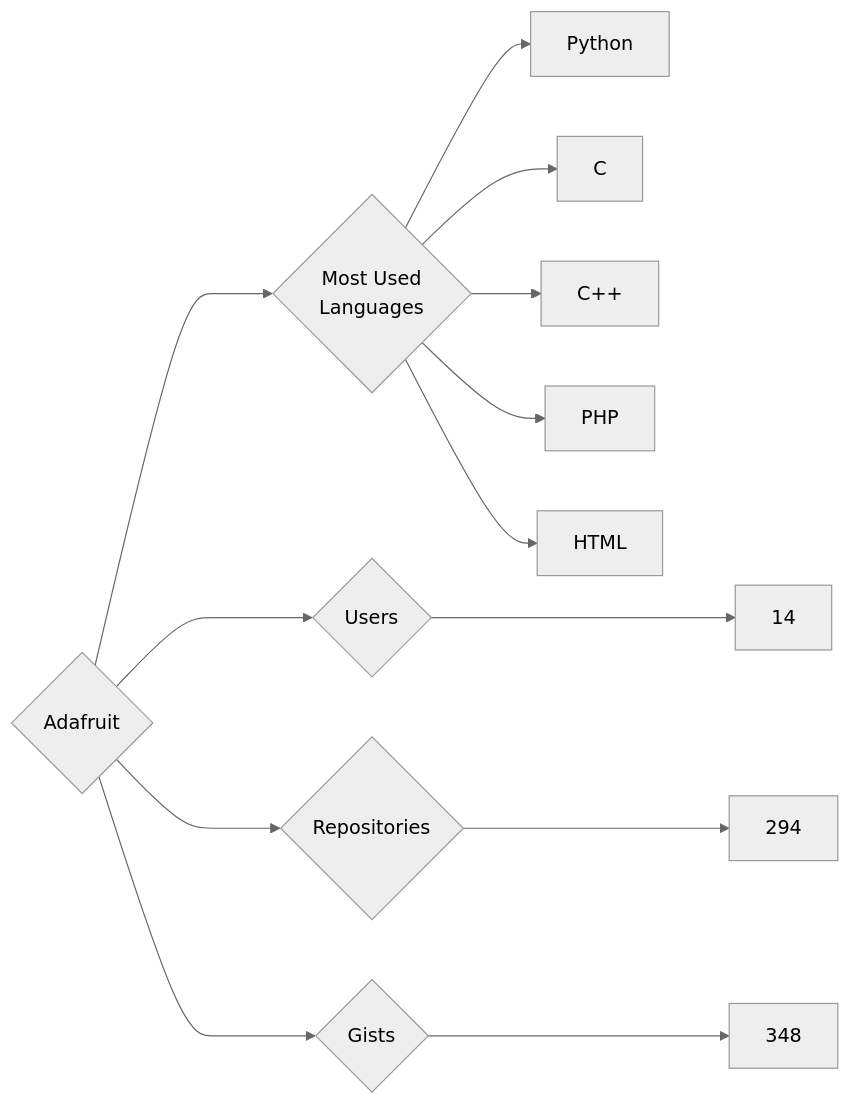
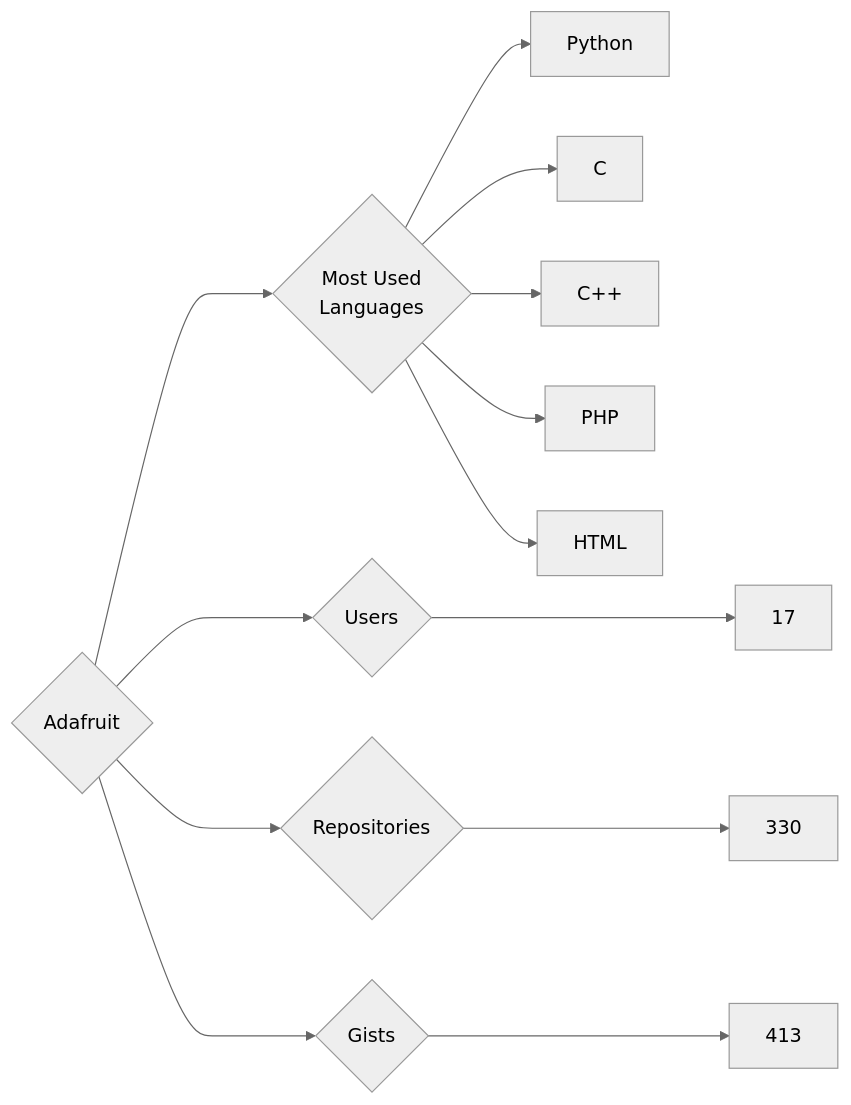
The diagram in targets/Adafruit/README.md (trickest/insiders), drawn with Mermaid (neutral theme) before and after one commit. The commit also changed 773 other files, not shown here.

````diff
--- a/targets/Adafruit/README.md
+++ b/targets/Adafruit/README.md
@@ -3,13 +3,13 @@
 ```mermaid
 graph LR
 COMPANY_NAME{Adafruit}
-COMPANY_NAME ---> U{Users} ---> UN[14]
-COMPANY_NAME ---> R{Repositories} ---> RN[294]
-COMPANY_NAME ---> G{Gists} ---> GN[348]
+COMPANY_NAME ---> U{Users} ---> UN[17]
+COMPANY_NAME ---> R{Repositories} ---> RN[330]
+COMPANY_NAME ---> G{Gists} ---> GN[413]
 COMPANY_NAME ---> ML{Most Used<br>Languages}
 ML --> Python[Python]
 ML --> C[C]
 ML --> C++[C++]
 ML --> PHP[PHP]
 ML --> HTML[HTML]
 ```
````
